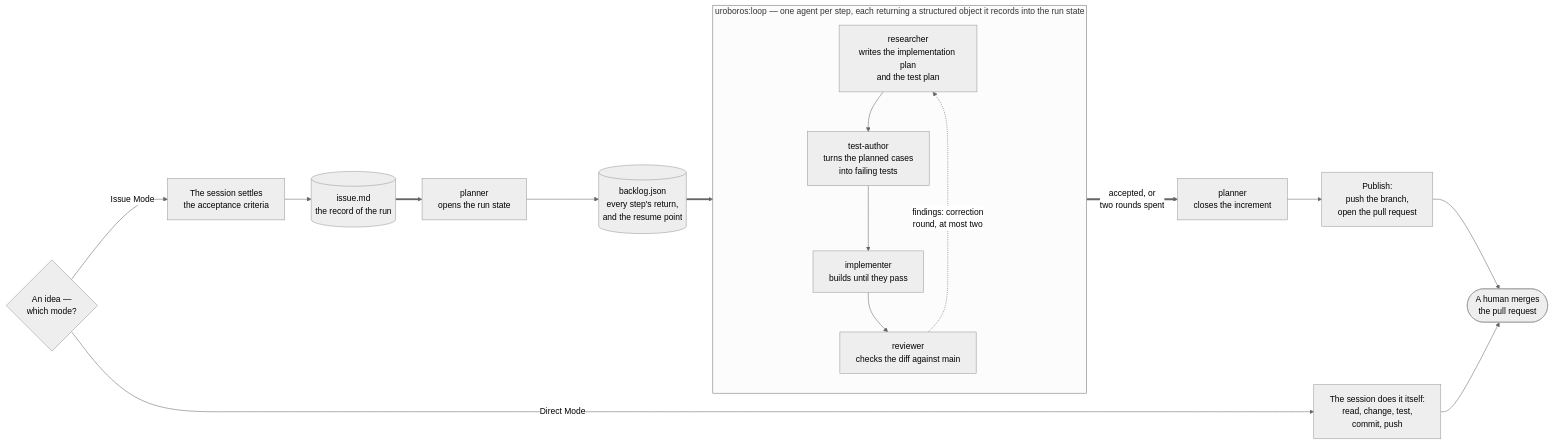
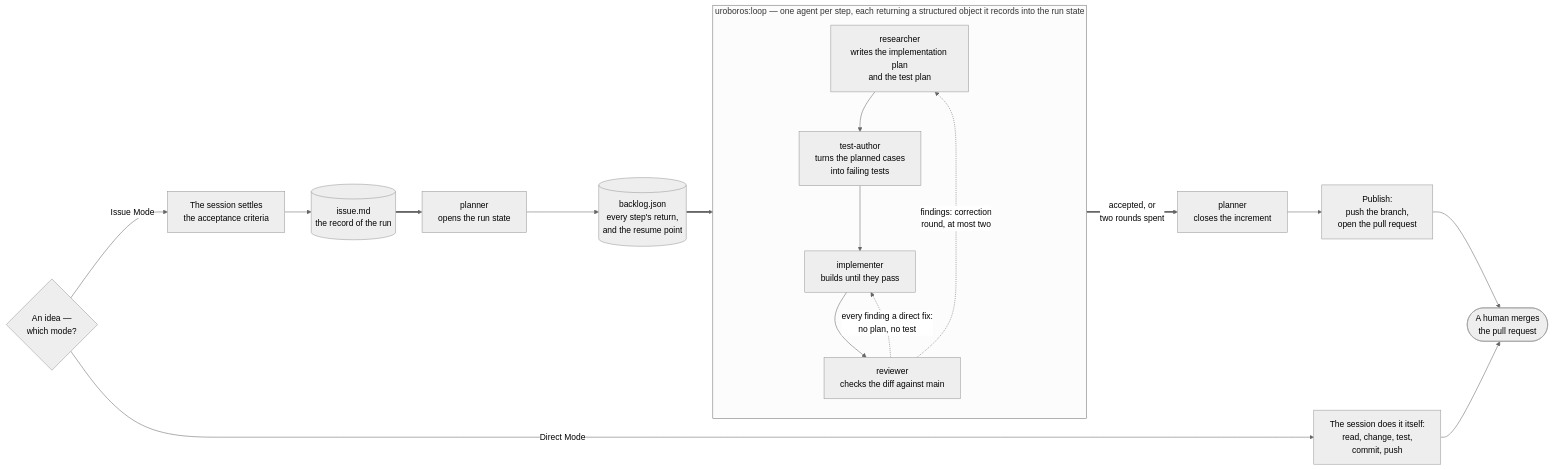
Before and after one commit to artkoenig/athena: the first of 4 diagrams in README.md, drawn with Mermaid (neutral theme). The commit also changed other lines of this file and 4 other files, not shown here.

````diff
--- a/README.md
+++ b/README.md
@@ -27,25 +27,26 @@
 ```mermaid
 flowchart LR
     MODE{"An idea —<br/>which mode?"}
     MODE -->|"Direct Mode"| DIRECT["The session does it itself:<br/>read, change, test,<br/>commit, push"]
     MODE -->|"Issue Mode"| CRIT["The session settles<br/>the acceptance criteria"]
     CRIT --> ISSUE[("issue.md<br/>the record of the run")]
     ISSUE ==> OPEN["planner<br/>opens the run state"]
     OPEN --> STATE[("backlog.json<br/>every step's return,<br/>and the resume point")]
     STATE ==> RES
 
     subgraph LOOP["uroboros:loop — one agent per step, each returning a structured object it records into the run state"]
         direction TB
         RES["researcher<br/>writes the implementation plan<br/>and the test plan"]
         TEST["test-author<br/>turns the planned cases<br/>into failing tests"]
         IMPL["implementer<br/>builds until they pass"]
         REV["reviewer<br/>checks the diff against main"]
         RES --> TEST --> IMPL --> REV
         REV -.->|"findings: correction<br/>round, at most two"| RES
+        REV -.->|"every finding a direct fix:<br/>no plan, no test"| IMPL
     end
 
     REV ==>|"accepted, or<br/>two rounds spent"| CLOSE["planner<br/>closes the increment"]
     CLOSE --> PUB["Publish:<br/>push the branch,<br/>open the pull request"]
     PUB --> MERGE(["A human merges<br/>the pull request"])
     DIRECT --> MERGE
 ```
````
